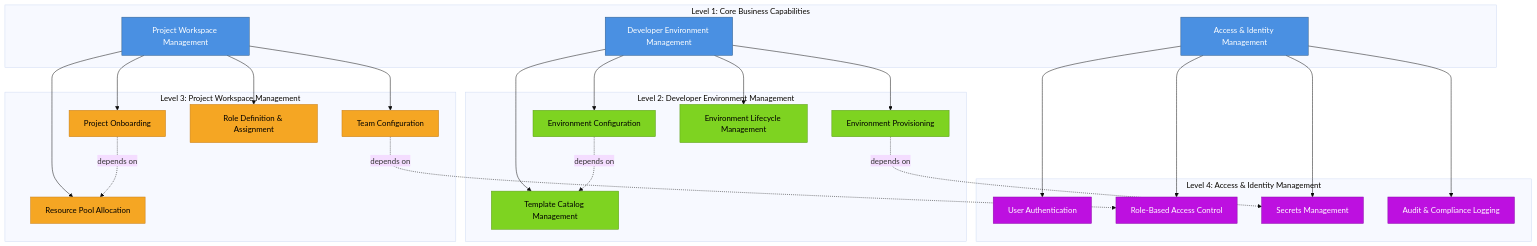
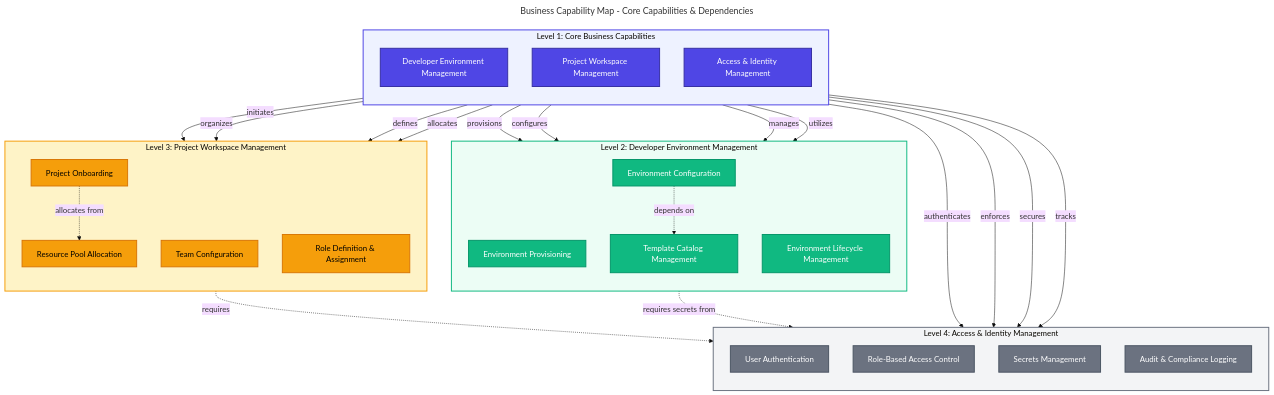
One commit to Evilazaro/DevExp-DevBox changed the first of 7 diagrams in docs/architecture/Business_architecture_document.md. Above: the diagram before and after it, drawn with Mermaid (base theme). The commit also changed other lines of this file, not shown here.

Commit message:
Refactor Business Architecture diagrams for improved clarity and consistency

````diff
--- a/docs/architecture/Business_architecture_document.md
+++ b/docs/architecture/Business_architecture_document.md
@@ -107,59 +107,80 @@
 ```mermaid
-graph TB
-    subgraph "Level 1: Core Business Capabilities"
-        DEV_ENV[Developer Environment Management]
-        PROJ_MGT[Project Workspace Management]
-        ACCESS_MGT[Access & Identity Management]
+---
+title: Business Capability Map - Core Capabilities & Dependencies
+---
+flowchart TB
+    %% ===== LEVEL 1: CORE BUSINESS CAPABILITIES =====
+    subgraph coreCapabilities["Level 1: Core Business Capabilities"]
+        direction TB
+        devEnv["Developer Environment Management"]
+        projMgt["Project Workspace Management"]
+        accessMgt["Access & Identity Management"]
     end
 
-    subgraph "Level 2: Developer Environment Management"
-        ENV_PROV[Environment Provisioning]
-        ENV_CONFIG[Environment Configuration]
-        ENV_LIFECYCLE[Environment Lifecycle Management]
-        CATALOG_MGT[Template Catalog Management]
+    %% ===== LEVEL 2: DEVELOPER ENVIRONMENT MANAGEMENT =====
+    subgraph devEnvCapabilities["Level 2: Developer Environment Management"]
+        direction TB
+        envProv["Environment Provisioning"]
+        envConfig["Environment Configuration"]
+        envLifecycle["Environment Lifecycle Management"]
+        catalogMgt["Template Catalog Management"]
     end
 
-    subgraph "Level 3: Project Workspace Management"
-        PROJ_ONBOARD[Project Onboarding]
-        TEAM_CONFIG[Team Configuration]
-        ROLE_DEF[Role Definition & Assignment]
-        RESOURCE_ALLOC[Resource Pool Allocation]
+    %% ===== LEVEL 3: PROJECT WORKSPACE MANAGEMENT =====
+    subgraph projMgtCapabilities["Level 3: Project Workspace Management"]
+        direction TB
+        projOnboard["Project Onboarding"]
+        teamConfig["Team Configuration"]
+        roleDef["Role Definition & Assignment"]
+        resourceAlloc["Resource Pool Allocation"]
     end
 
-    subgraph "Level 4: Access & Identity Management"
-        USER_AUTH[User Authentication]
-        RBAC_MGT[Role-Based Access Control]
-        SECRET_MGT[Secrets Management]
-        AUDIT_LOG[Audit & Compliance Logging]
+    %% ===== LEVEL 4: ACCESS & IDENTITY MANAGEMENT =====
+    subgraph accessMgtCapabilities["Level 4: Access & Identity Management"]
+        direction TB
+        userAuth["User Authentication"]
+        rbacMgt["Role-Based Access Control"]
+        secretMgt["Secrets Management"]
+        auditLog["Audit & Compliance Logging"]
     end
 
-    DEV_ENV --> ENV_PROV
-    DEV_ENV --> ENV_CONFIG
-    DEV_ENV --> ENV_LIFECYCLE
-    DEV_ENV --> CATALOG_MGT
+    %% ===== PRIMARY RELATIONSHIPS =====
+    devEnv -->|provisions| envProv
+    devEnv -->|configures| envConfig
+    devEnv -->|manages| envLifecycle
+    devEnv -->|utilizes| catalogMgt
 
-    PROJ_MGT --> PROJ_ONBOARD
-    PROJ_MGT --> TEAM_CONFIG
-    PROJ_MGT --> ROLE_DEF
-    PROJ_MGT --> RESOURCE_ALLOC
+    projMgt -->|initiates| projOnboard
+    projMgt -->|organizes| teamConfig
+    projMgt -->|defines| roleDef
+    projMgt -->|allocates| resourceAlloc
 
-    ACCESS_MGT --> USER_AUTH
-    ACCESS_MGT --> RBAC_MGT
-    ACCESS_MGT --> SECRET_MGT
-    ACCESS_MGT --> AUDIT_LOG
+    accessMgt -->|authenticates| userAuth
+    accessMgt -->|enforces| rbacMgt
+    accessMgt -->|secures| secretMgt
+    accessMgt -->|tracks| auditLog
 
-    ENV_PROV -.depends on.-> SECRET_MGT
-    ENV_CONFIG -.depends on.-> CATALOG_MGT
-    TEAM_CONFIG -.depends on.-> RBAC_MGT
-    PROJ_ONBOARD -.depends on.-> RESOURCE_ALLOC
+    %% ===== DEPENDENCIES =====
+    envProv -.->|requires secrets from| secretMgt
+    envConfig -.->|depends on| catalogMgt
+    teamConfig -.->|requires| rbacMgt
+    projOnboard -.->|allocates from| resourceAlloc
 
-    classDef level1 fill:#4A90E2,stroke:#2E5C8A,color:#FFF
-    classDef level2 fill:#7ED321,stroke:#5A9B18,color:#000
-    classDef level3 fill:#F5A623,stroke:#C77D1A,color:#000
-    classDef level4 fill:#BD10E0,stroke:#8A0BA8,color:#FFF
+    %% ===== STYLING: NODE CLASSES =====
+    classDef primary fill:#4F46E5,stroke:#3730A3,color:#FFFFFF,stroke-width:2px
+    classDef secondary fill:#10B981,stroke:#059669,color:#FFFFFF,stroke-width:2px
+    classDef datastore fill:#F59E0B,stroke:#D97706,color:#000000,stroke-width:2px
+    classDef external fill:#6B7280,stroke:#4B5563,color:#FFFFFF,stroke-width:2px
 
-    class DEV_ENV,PROJ_MGT,ACCESS_MGT level1
-    class ENV_PROV,ENV_CONFIG,ENV_LIFECYCLE,CATALOG_MGT level2
-    class PROJ_ONBOARD,TEAM_CONFIG,ROLE_DEF,RESOURCE_ALLOC level3
-    class USER_AUTH,RBAC_MGT,SECRET_MGT,AUDIT_LOG level4
+    %% ===== APPLY NODE CLASSES =====
+    class devEnv,projMgt,accessMgt primary
+    class envProv,envConfig,envLifecycle,catalogMgt secondary
+    class projOnboard,teamConfig,roleDef,resourceAlloc datastore
+    class userAuth,rbacMgt,secretMgt,auditLog external
+
+    %% ===== STYLING: SUBGRAPHS =====
+    style coreCapabilities fill:#EEF2FF,stroke:#4F46E5,stroke-width:2px
+    style devEnvCapabilities fill:#ECFDF5,stroke:#10B981,stroke-width:2px
+    style projMgtCapabilities fill:#FEF3C7,stroke:#F59E0B,stroke-width:2px
+    style accessMgtCapabilities fill:#F3F4F6,stroke:#6B7280,stroke-width:2px
 ```
````
